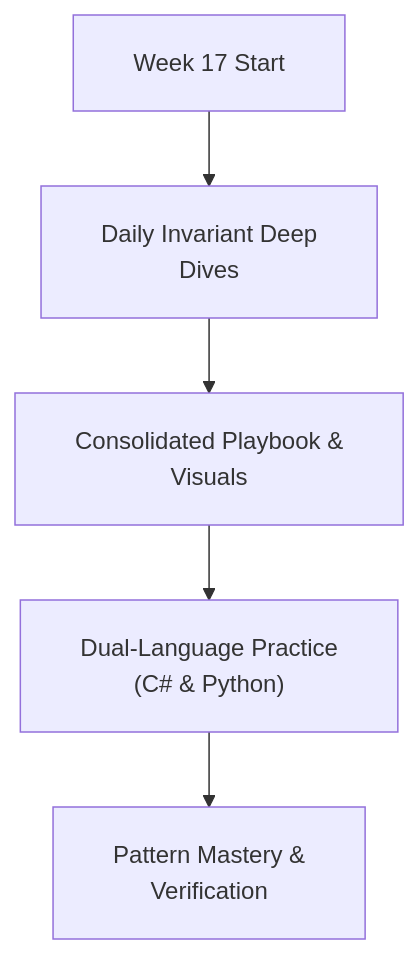
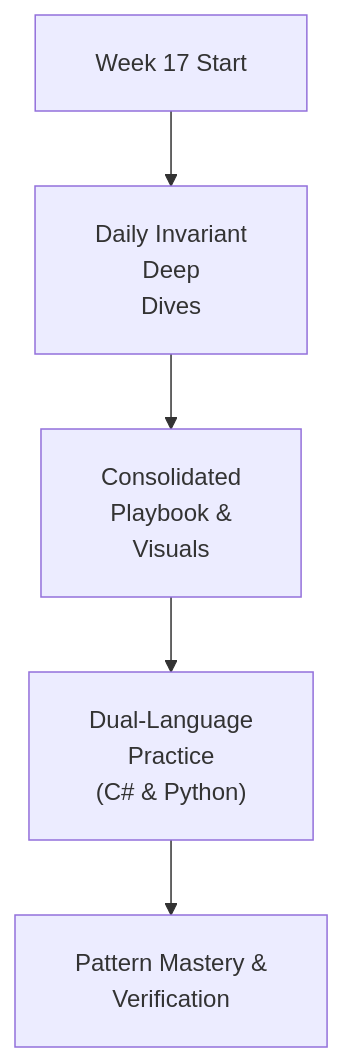
The diagram in week_17_advanced_graphs_hld_fft/README.md (dip4k/DSA_102), drawn with Mermaid before and after one commit. The commit also changed 106 other files, not shown here.

First line of the commit message:
fix(mermaid): prevent text clipping with foreignObject overflow and tighter line wrapping

````diff
--- a/week_17_advanced_graphs_hld_fft/README.md
+++ b/week_17_advanced_graphs_hld_fft/README.md
@@ -16,8 +16,8 @@
 ```mermaid
-%%{init: {"flowchart": {"htmlLabels": true, "padding": 20}}}%%
+%%{init: {"flowchart": {"htmlLabels": true, "padding": 20}, "themeCSS": "foreignObject { overflow: visible !important; }"}}%%
 flowchart TD
-    Start["Week 17 Start"] --> Daily["Daily Invariant Deep<br/>Dives"]
-    Daily --> Playbook["Consolidated Playbook &<br/>Visuals"]
-    Playbook --> DualLang["Dual-Language Practice<br/>(C# & Python)"]
+    Start["Week 17 Start"] --> Daily["Daily Invariant<br/>Deep<br/>Dives"]
+    Daily --> Playbook["Consolidated<br/>Playbook &<br/>Visuals"]
+    Playbook --> DualLang["Dual-Language<br/>Practice<br/>(C# & Python)"]
     DualLang --> Mastery["Pattern Mastery &<br/>Verification"]
 ```
````
